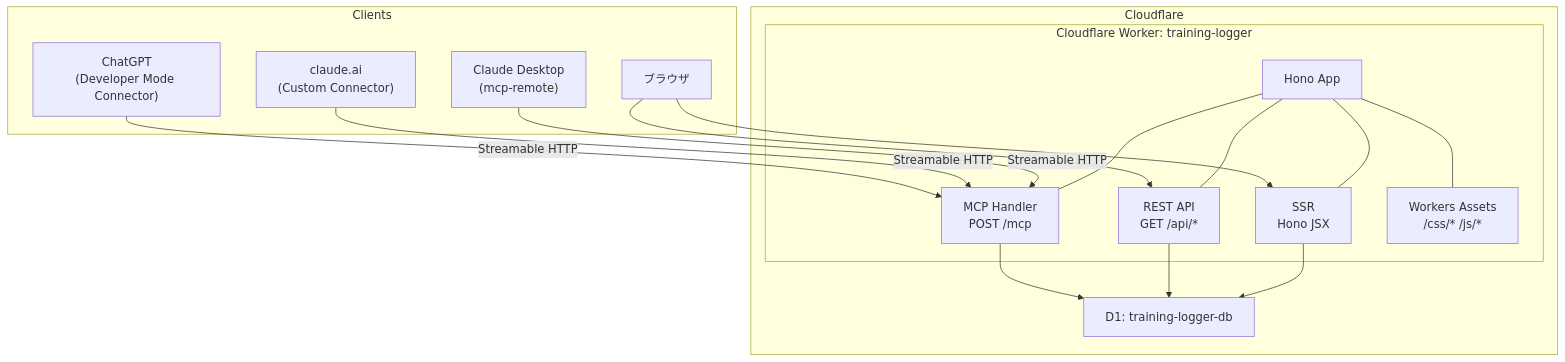
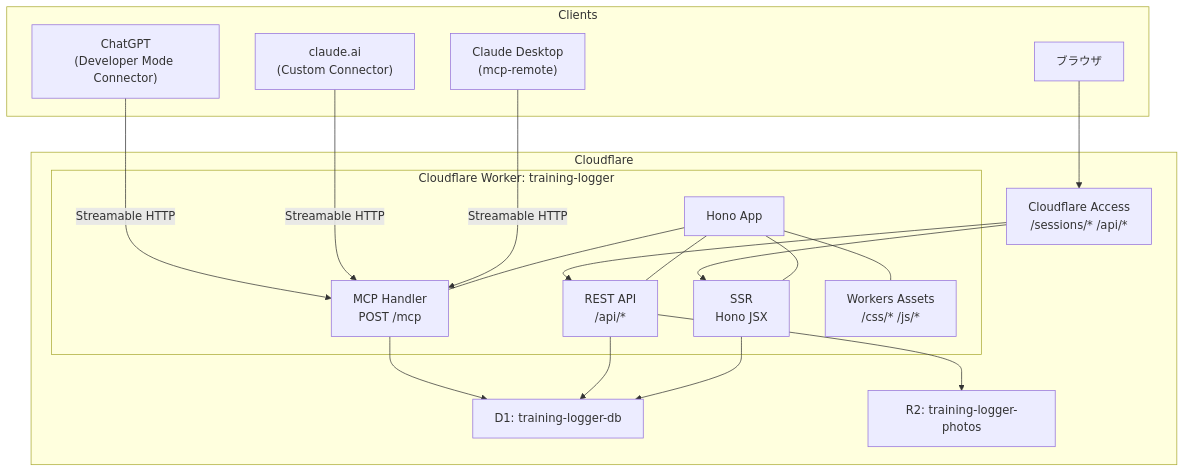
The first of 3 diagrams in docs/architecture.md (japan4415/training-logger), drawn with Mermaid before and after one commit. The commit also changed other lines of this file and 37 other files, not shown here.

````diff
--- a/docs/architecture.md
+++ b/docs/architecture.md
@@ -39,37 +41,41 @@
 ```mermaid
 graph TB
     subgraph Clients
         ChatGPT["ChatGPT<br/>(Developer Mode Connector)"]
         ClaudeAI["claude.ai<br/>(Custom Connector)"]
         ClaudeDesktop["Claude Desktop<br/>(mcp-remote)"]
         Browser["ブラウザ"]
     end
 
     subgraph Cloudflare
+        Access["Cloudflare Access<br/>/sessions/* /api/*"]
         subgraph Worker["Cloudflare Worker: training-logger"]
             HonoApp["Hono App"]
             MCP["MCP Handler<br/>POST /mcp"]
-            REST["REST API<br/>GET /api/*"]
+            REST["REST API<br/>/api/*"]
             SSR["SSR<br/>Hono JSX"]
             Assets["Workers Assets<br/>/css/* /js/*"]
         end
 
         D1["D1: training-logger-db"]
+        R2["R2: training-logger-photos"]
     end
 
     ChatGPT -->|"Streamable HTTP"| MCP
     ClaudeAI -->|"Streamable HTTP"| MCP
     ClaudeDesktop -->|"Streamable HTTP"| MCP
 
-    Browser --> SSR
-    Browser --> REST
+    Browser --> Access
+    Access --> SSR
+    Access --> REST
 
     HonoApp --- MCP
     HonoApp --- REST
     HonoApp --- SSR
     HonoApp --- Assets
 
     MCP --> D1
     REST --> D1
     SSR --> D1
+    REST --> R2
 ```
````
